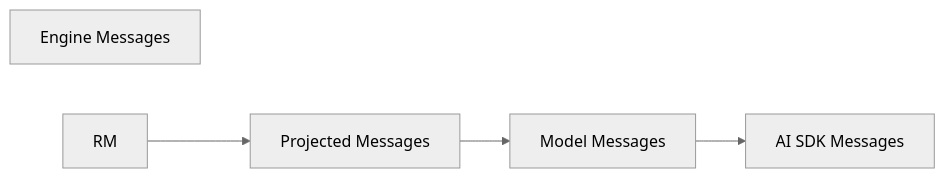
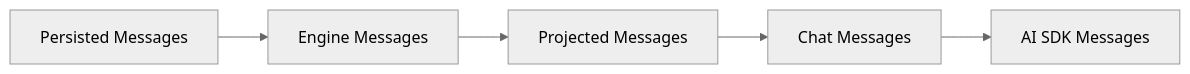
Before and after one commit to fairyshine/OpenAgentHarness: the diagram in docs/engine/message-projections.md, drawn with Mermaid (neutral theme). The commit also changed other lines of this file and 16 other files, not shown here.

````diff
--- a/docs/engine/message-projections.md
+++ b/docs/engine/message-projections.md
@@ -29,11 +38,13 @@
 ```mermaid
 flowchart LR
+  PM0["Persisted Messages"]
   EM["Engine Messages"]
   PM["Projected Messages"]
-  MM["Model Messages"]
+  CM["Chat Messages"]
   SDK["AI SDK Messages"]
 
-  RM --> PM
-  PM --> MM
-  MM --> SDK
+  PM0 --> EM
+  EM --> PM
+  PM --> CM
+  CM --> SDK
 ```
````
